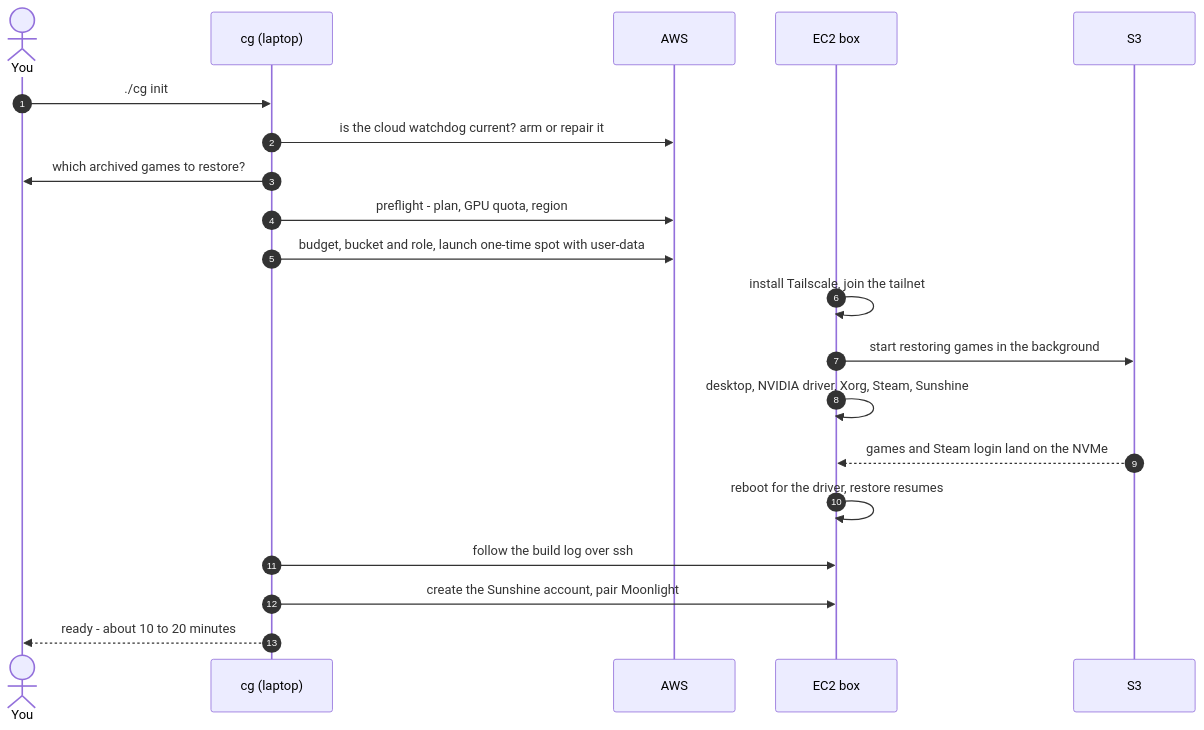
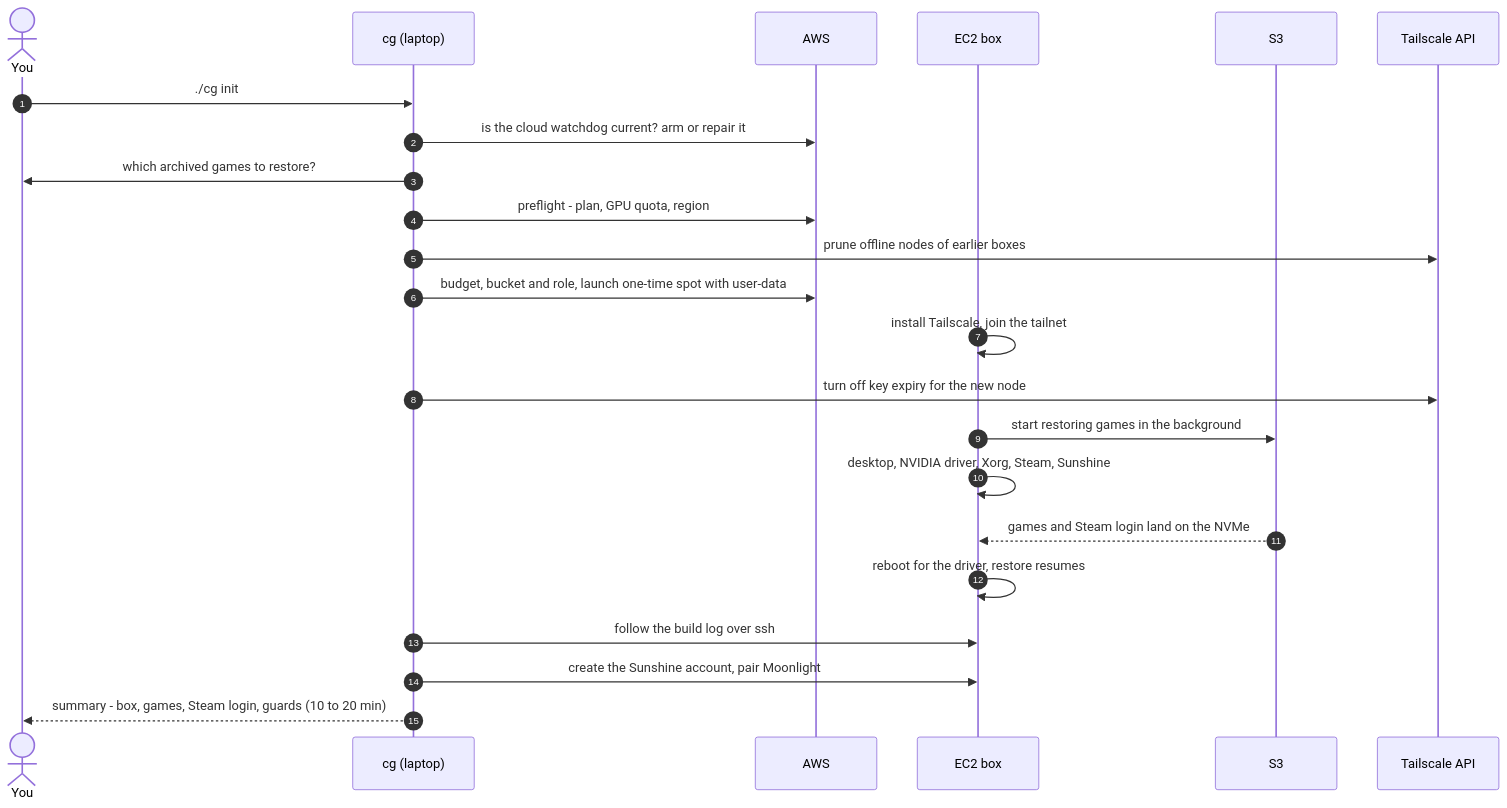
One commit to jebin2/aws_cloud_gaming changed the fourth of 9 diagrams in docs/architecture.md. Above: the diagram before and after it, drawn with Mermaid. The commit also changed other lines of this file, not shown here.

First line of the commit message:
Show notifications and the Tailscale API steps in the architecture doc

````diff
--- a/docs/architecture.md
+++ b/docs/architecture.md
@@ -103,23 +107,26 @@
 ```mermaid
 sequenceDiagram
   autonumber
   actor You
   participant cg as cg (laptop)
   participant AWS
   participant EC2 as EC2 box
   participant S3
+  participant TS as Tailscale API
 
   You->>cg: ./cg init
   cg->>AWS: is the cloud watchdog current? arm or repair it
   cg->>You: which archived games to restore?
   cg->>AWS: preflight - plan, GPU quota, region
+  cg->>TS: prune offline nodes of earlier boxes
   cg->>AWS: budget, bucket and role, launch one-time spot with user-data
   EC2->>EC2: install Tailscale, join the tailnet
+  cg->>TS: turn off key expiry for the new node
   EC2->>S3: start restoring games in the background
   EC2->>EC2: desktop, NVIDIA driver, Xorg, Steam, Sunshine
   S3-->>EC2: games and Steam login land on the NVMe
   EC2->>EC2: reboot for the driver, restore resumes
   cg->>EC2: follow the build log over ssh
   cg->>EC2: create the Sunshine account, pair Moonlight
-  cg-->>You: ready - about 10 to 20 minutes
+  cg-->>You: summary - box, games, Steam login, guards (10 to 20 min)
 ```
````
